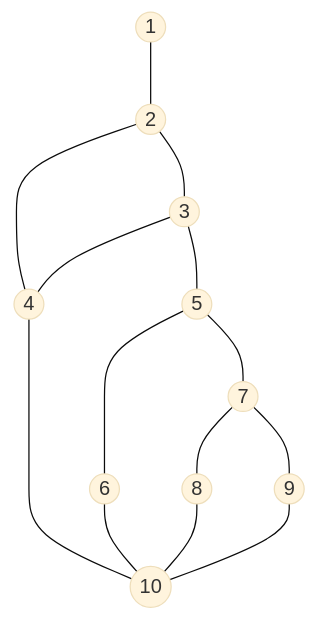
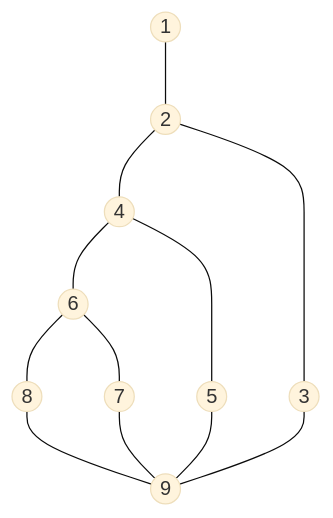
The first of 5 diagrams in tests/docs/caja_blanca_04_verificar_credenciales.md (bloedige/itdb_ctf), drawn with Mermaid (base theme) before and after one commit. The commit also changed other lines of this file and 47 other files, not shown here.

````diff
--- a/tests/docs/caja_blanca_04_verificar_credenciales.md
+++ b/tests/docs/caja_blanca_04_verificar_credenciales.md
@@ -33,16 +38,14 @@
 ```mermaid
 graph TD
     n1((1)) --- n2((2))
     n2 --- n4((4))
-    n4 --- n10((10))
+    n4 --- n6((6))
+    n6 --- n8((8))
+    n8 --- n9((9))
+    n6 --- n7((7))
+    n7 --- n9
+    n4 --- n5((5))
+    n5 --- n9
     n2 --- n3((3))
-    n3 --- n4
-    n3 --- n5((5))
-    n5 --- n6((6))
-    n6 --- n10
-    n5 --- n7((7))
-    n7 --- n8((8))
-    n8 --- n10
-    n7 --- n9((9))
-    n9 --- n10
+    n3 --- n9
 ```
````
